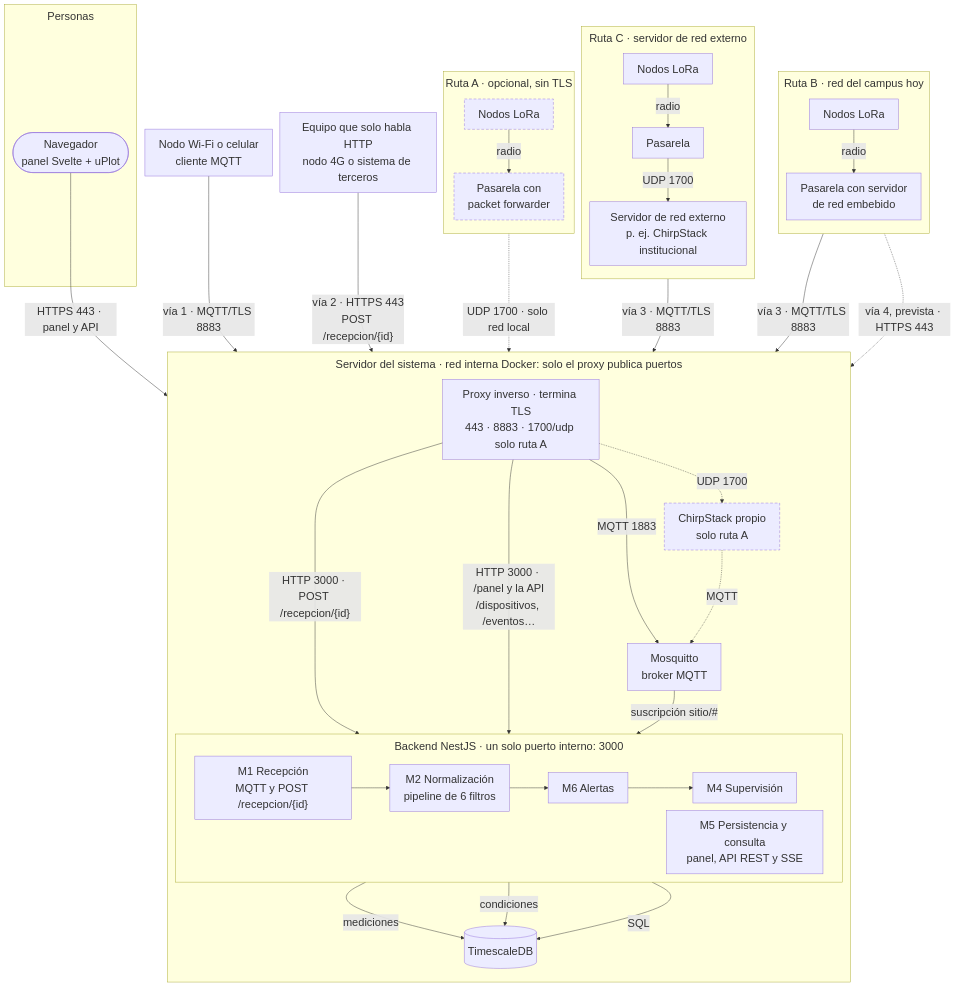
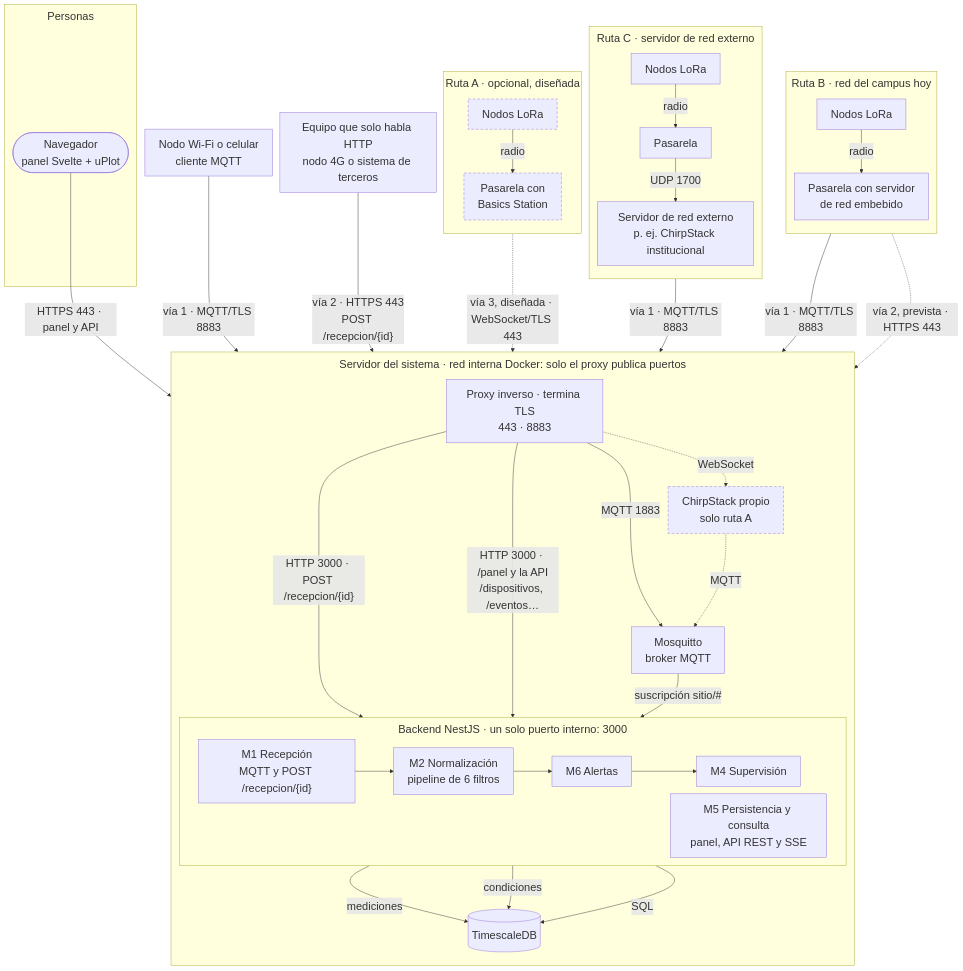
One commit to vicenterami/tesis changed the diagram in informe-oficial/figuras/mermaid/contenedores.mmd. Above: the diagram before and after it, drawn with Mermaid. The commit also changed 18 other files, not shown here.

First line of the commit message:
Ruta A con Basics Station en vez de UDP 1700; vías numeradas por protocolo

```diff
--- a/informe-oficial/figuras/mermaid/contenedores.mmd
+++ b/informe-oficial/figuras/mermaid/contenedores.mmd
@@ -1,49 +1,49 @@
 %%{init: {"themeVariables": {"fontSize": "24px"}, "flowchart": {"nodeSpacing": 16, "rankSpacing": 34, "wrappingWidth": 280, "subGraphTitleMargin": {"top": 8, "bottom": 22}}}}%%
 flowchart TB
     subgraph CLI["Personas"]
         U(["Navegador<br/>panel Svelte + uPlot"])
     end
     N2["Nodo Wi-Fi o celular<br/>cliente MQTT"]
         N3["Equipo que solo habla HTTP<br/>nodo 4G o sistema de terceros"]
         subgraph RB["Ruta B · red del campus hoy"]
             direction TB
             NB["Nodos LoRa"] -- "radio" --> GB["Pasarela con servidor<br/>de red embebido"]
         end
         subgraph RC["Ruta C · servidor de red externo"]
             direction TB
             NC["Nodos LoRa"] -- "radio" --> GC["Pasarela"] -- "UDP 1700" --> NS["Servidor de red externo<br/>p. ej. ChirpStack institucional"]
         end
-    subgraph RA["Ruta A · opcional, sin TLS"]
+    subgraph RA["Ruta A · opcional, diseñada"]
         direction TB
-        NA["Nodos LoRa"] -- "radio" --> GA["Pasarela con<br/>packet forwarder"]
+        NA["Nodos LoRa"] -- "radio" --> GA["Pasarela con<br/>Basics Station"]
     end
     subgraph SRV["Servidor del sistema · red interna Docker: solo el proxy publica puertos"]
         direction TB
-        RP["Proxy inverso · termina TLS<br/>443 · 8883 · 1700/udp solo ruta A"]
+        RP["Proxy inverso · termina TLS<br/>443 · 8883"]
         MQ["Mosquitto<br/>broker MQTT"]
         CS["ChirpStack propio<br/>solo ruta A"]
         subgraph BE["Backend NestJS · un solo puerto interno: 3000"]
             direction LR
             M1["M1 Recepción<br/>MQTT y POST /recepcion/{id}"] --> M2["M2 Normalización<br/>pipeline de 6 filtros"] --> M6["M6 Alertas"] --> M4["M4 Supervisión"]
             M5["M5 Persistencia y consulta<br/>panel, API REST y SSE"]
         end
         DB[("TimescaleDB")]
     end
     U -- "HTTPS 443 · panel y API" --> RP
     N2 -- "vía 1 · MQTT/TLS 8883" --> RP
     N3 -- "vía 2 · HTTPS 443<br/>POST /recepcion/{id}" --> RP
-    GB -- "vía 3 · MQTT/TLS 8883" --> RP
-    NS -- "vía 3 · MQTT/TLS 8883" --> RP
-    GB -. "vía 4, prevista · HTTPS 443" .-> RP
-    GA -. "UDP 1700 · solo red local" .-> RP
+    GB -- "vía 1 · MQTT/TLS 8883" --> RP
+    NS -- "vía 1 · MQTT/TLS 8883" --> RP
+    GB -. "vía 2, prevista · HTTPS 443" .-> RP
+    GA -. "vía 3, diseñada · WebSocket/TLS 443" .-> RP
     RP -- "MQTT 1883" --> MQ
     RP -- "HTTP 3000 · POST /recepcion/{id}" --> M1
     RP -- "HTTP 3000 · /panel y la API<br/>/dispositivos, /eventos…" --> M5
-    RP -. "UDP 1700" .-> CS
+    RP -. "WebSocket" .-> CS
     CS -. "MQTT" .-> MQ
     MQ -- "suscripción sitio/#" --> M1
     M2 -- "mediciones" --> DB
     M6 -- "condiciones" --> DB
     M5 -- "SQL" --> DB
     classDef opcional stroke-dasharray:6 4
     class CS,GA,NA opcional
```
